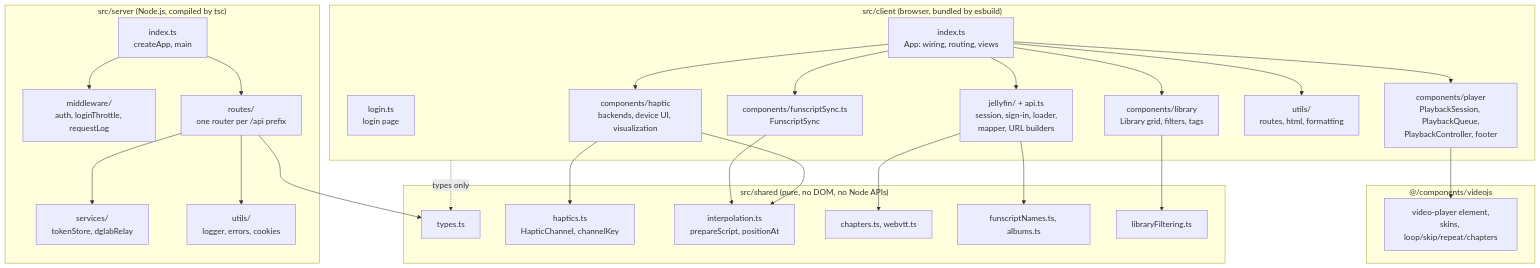
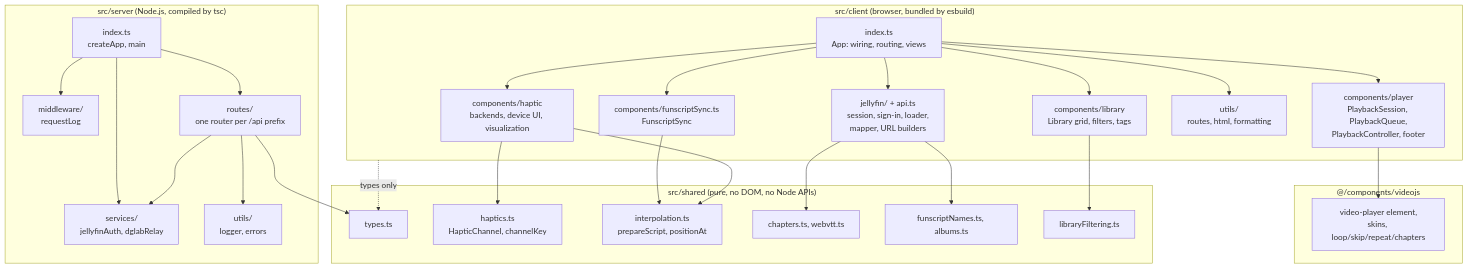
The second of 3 diagrams in docs/developer/architecture.md (lumbar-spine-support/docker-haptic-player), drawn with Mermaid before and after one commit. The commit also changed other lines of this file and 10 other files, not shown here.

````diff
--- a/docs/developer/architecture.md
+++ b/docs/developer/architecture.md
@@ -58,45 +61,44 @@
 ```mermaid
 flowchart TB
   subgraph client["src/client (browser, bundled by esbuild)"]
     AppIndex["index.ts<br/>App: wiring, routing, views"]
-    Login["login.ts<br/>login page"]
     Player["components/player<br/>PlaybackSession, PlaybackQueue,<br/>PlaybackController, footer"]
     LibraryUI["components/library<br/>Library grid, filters, tags"]
     Haptic["components/haptic<br/>backends, device UI, visualization"]
     Sync["components/funscriptSync.ts<br/>FunscriptSync"]
     JellyfinC["jellyfin/ + api.ts<br/>session, sign-in, loader,<br/>mapper, URL builders"]
     Utils["utils/<br/>routes, html, formatting"]
   end
 
   subgraph videojs["@/components/videojs"]
     VJS["video-player element,<br/>skins, loop/skip/repeat/chapters"]
   end
 
   subgraph shared["src/shared (pure, no DOM, no Node APIs)"]
     Types["types.ts"]
     HapticsShared["haptics.ts<br/>HapticChannel, channelKey"]
     Interp["interpolation.ts<br/>prepareScript, positionAt"]
     Chapters["chapters.ts, webvtt.ts"]
     Names["funscriptNames.ts, albums.ts"]
     Filtering["libraryFiltering.ts"]
   end
 
   subgraph server["src/server (Node.js, compiled by tsc)"]
     ServerIndex["index.ts<br/>createApp, main"]
-    Middleware["middleware/<br/>auth, loginThrottle, requestLog"]
+    Middleware["middleware/<br/>requestLog"]
     Routes["routes/<br/>one router per /api prefix"]
-    Services["services/<br/>tokenStore, dglabRelay"]
-    SUtils["utils/<br/>logger, errors, cookies"]
+    Services["services/<br/>jellyfinAuth, dglabRelay"]
+    SUtils["utils/<br/>logger, errors"]
   end
 
   AppIndex --> Player & LibraryUI & Haptic & Sync & JellyfinC & Utils
   JellyfinC --> Names & Chapters
   Player --> VJS
   Sync --> Interp
   Haptic --> Interp & HapticsShared
   LibraryUI --> Filtering
-  ServerIndex --> Middleware & Routes
+  ServerIndex --> Middleware & Routes & Services
   Routes --> Services & SUtils
   Routes --> Types
   client -. "types only" .-> Types
 ```
````
